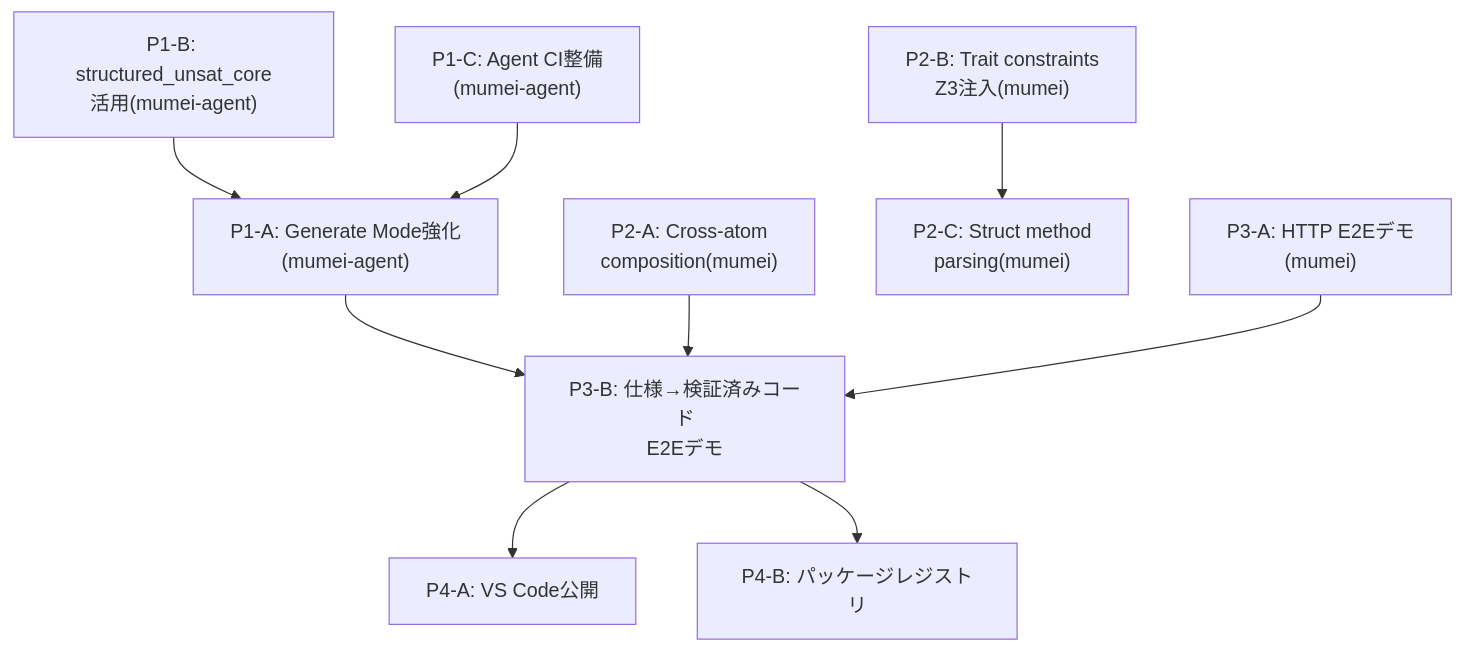
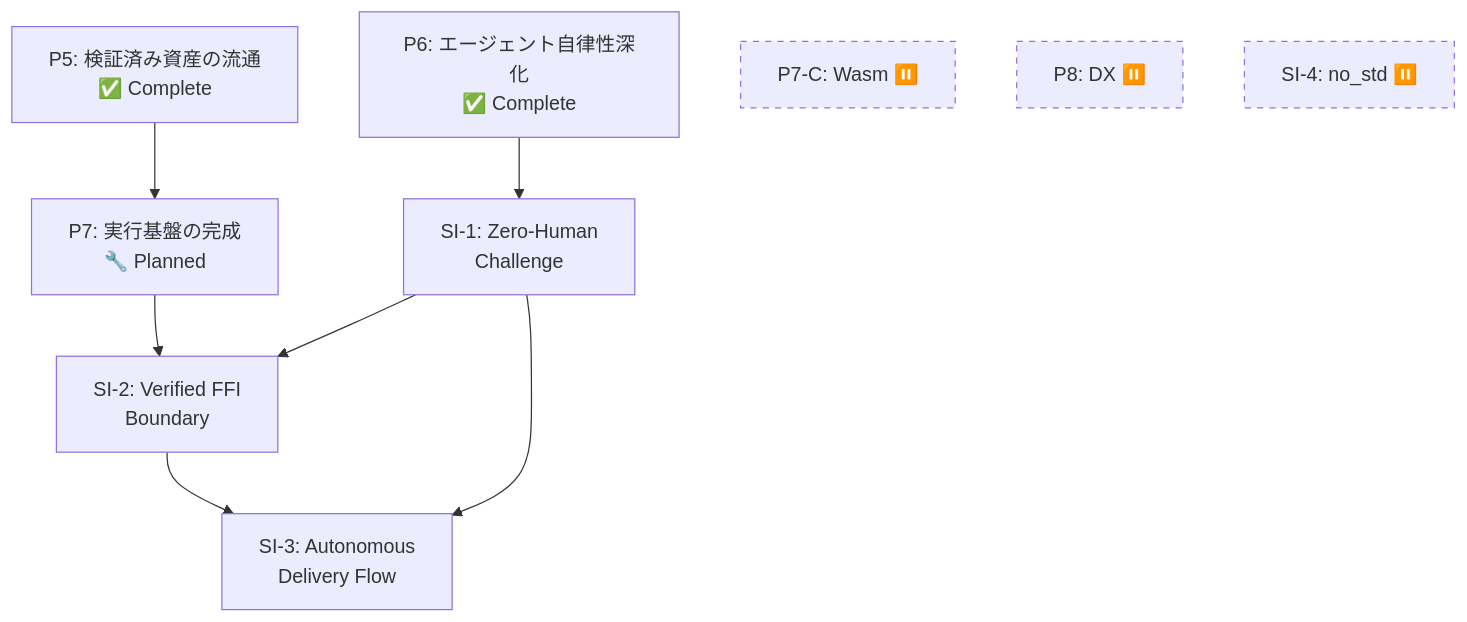
One commit to mumei-lang/mumei changed the second of 2 diagrams in docs/CROSS_PROJECT_ROADMAP.md. Above: the diagram before and after it, drawn with Mermaid. The commit also changed other lines of this file, not shown here.

Commit message:
docs: P5-P8 ロードマップ + 戦略的イニシアチブ (Zero-Human Challenge, Verified FFI Boundary, Autonomous Delivery Flow)

````diff
--- a/docs/CROSS_PROJECT_ROADMAP.md
+++ b/docs/CROSS_PROJECT_ROADMAP.md
@@ -262,11 +416,15 @@
 ```mermaid
 graph TD
-    P1A["P1-A: Generate Mode強化\n(mumei-agent)"] --> P3B["P3-B: 仕様→検証済みコード\nE2Eデモ"]
-    P1B["P1-B: structured_unsat_core\n活用(mumei-agent)"] --> P1A
-    P1C["P1-C: Agent CI整備\n(mumei-agent)"] --> P1A
-    P2A["P2-A: Cross-atom\ncomposition(mumei)"] --> P3B
-    P2B["P2-B: Trait constraints\nZ3注入(mumei)"] --> P2C["P2-C: Struct method\nparsing(mumei)"]
-    P3A["P3-A: HTTP E2Eデモ\n(mumei)"] --> P3B
-    P3B --> P4A["P4-A: VS Code公開"]
-    P3B --> P4B["P4-B: パッケージレジストリ"]
+    P5["P5: 検証済み資産の流通\n✅ Complete"] --> P7["P7: 実行基盤の完成\n🔧 Planned"]
+    P6["P6: エージェント自律性深化\n✅ Complete"] --> SI1["SI-1: Zero-Human\nChallenge"]
+    SI1 --> SI2["SI-2: Verified FFI\nBoundary"]
+    P7 --> SI2
+    SI2 --> SI3["SI-3: Autonomous\nDelivery Flow"]
+    SI1 --> SI3
+    P7C["P7-C: Wasm ⏸️"]
+    P8["P8: DX ⏸️"]
+    SI4["SI-4: no_std ⏸️"]
+    style P7C stroke-dasharray: 5 5
+    style P8 stroke-dasharray: 5 5
+    style SI4 stroke-dasharray: 5 5
 ```
````
